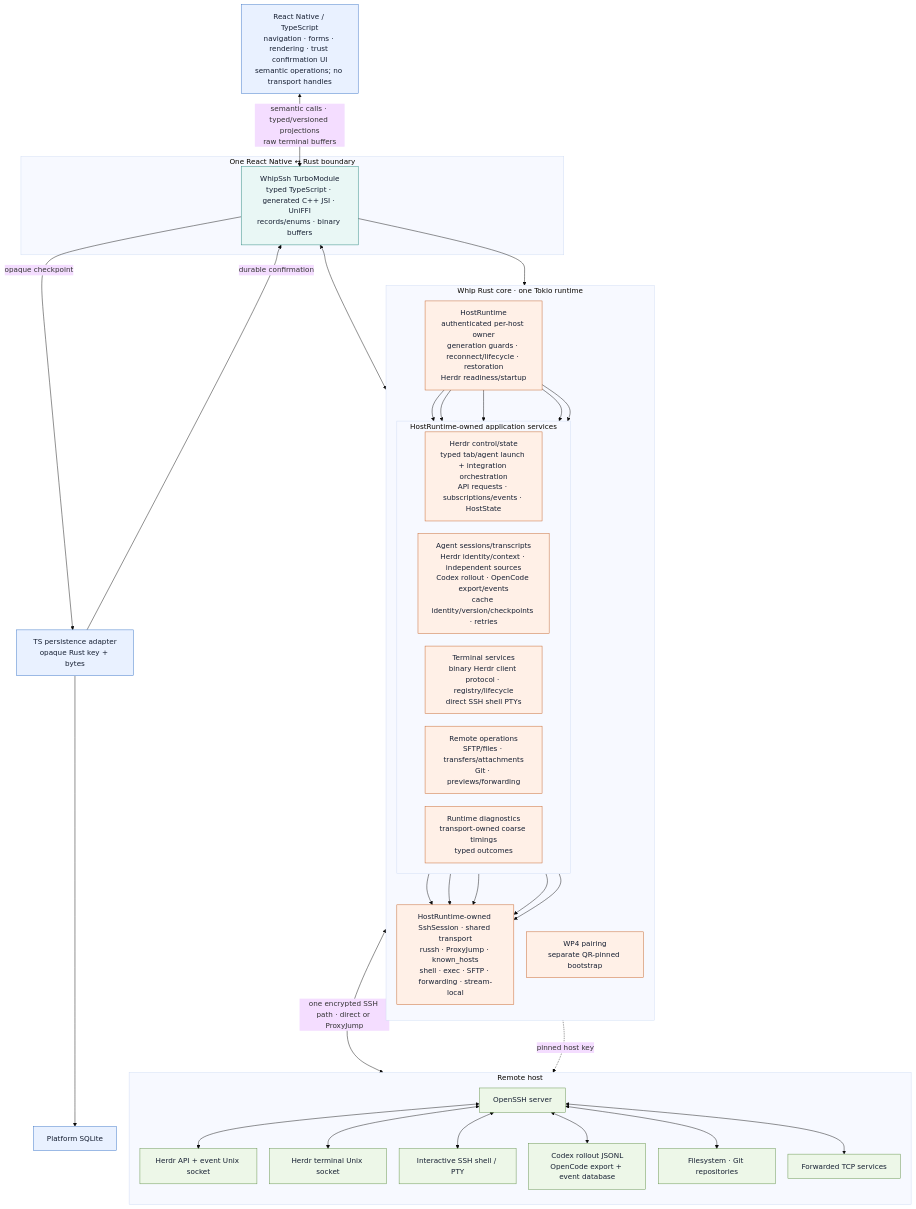
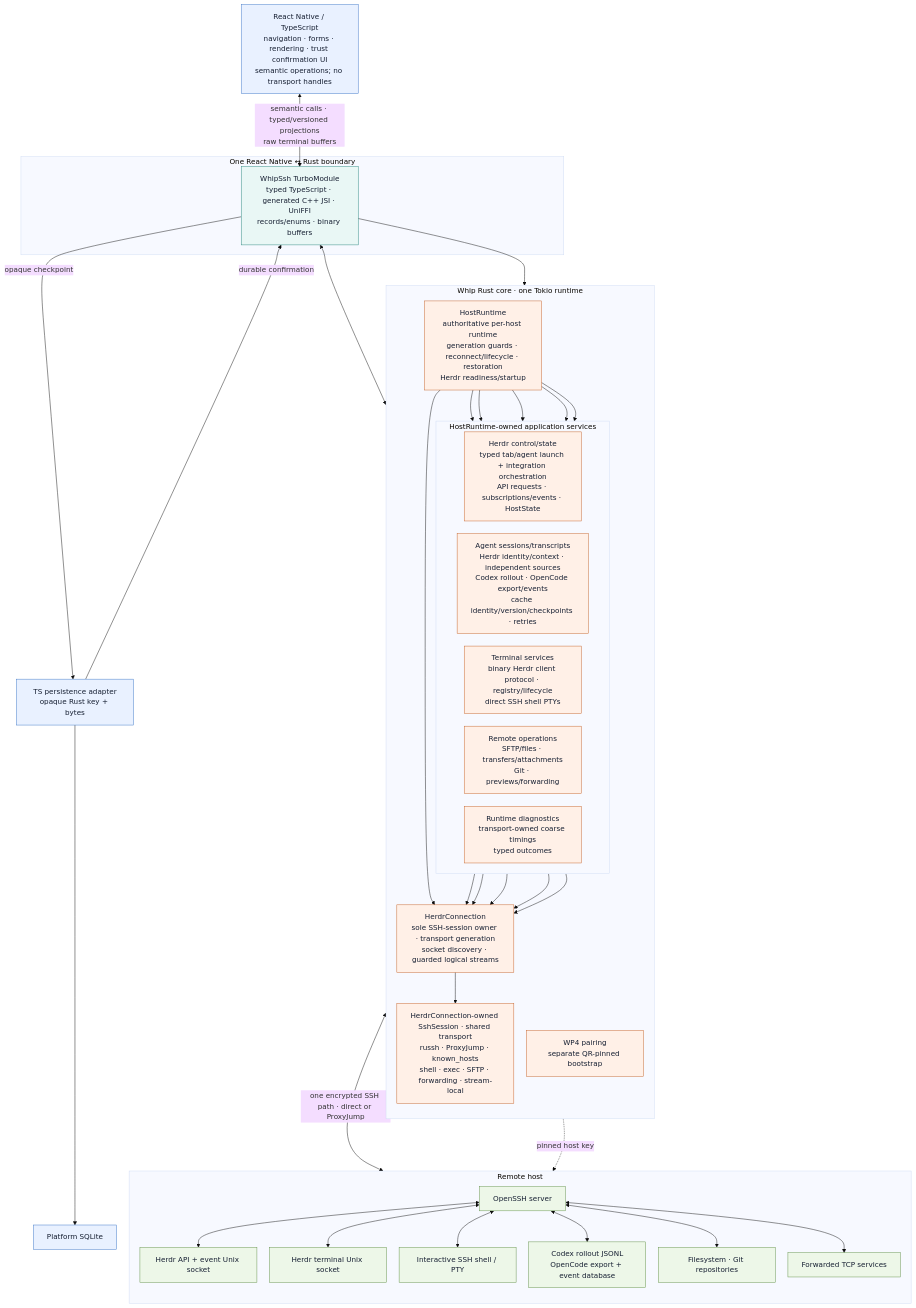
Before and after one commit to KaminariOS/whip: the diagram in docs/whip-ssh-architecture.mmd, drawn with Mermaid. The commit also changed 4 other files, not shown here.

Commit message:
docs: refresh README architecture and release guidance

```diff
--- a/docs/whip-ssh-architecture.mmd
+++ b/docs/whip-ssh-architecture.mmd
@@ -1,73 +1,76 @@
 %%{init: {"theme":"base","flowchart":{"curve":"basis","htmlLabels":true,"nodeSpacing":28,"rankSpacing":44}}}%%
 flowchart TB
   RN["React Native / TypeScript<br/>navigation · forms · rendering · trust confirmation UI<br/>semantic operations; no transport handles"]
   Cache["TS persistence adapter<br/>opaque Rust key + bytes"]
   SQLite["Platform SQLite"]
 
   subgraph Boundary["One React Native ↔ Rust boundary"]
     JSI["WhipSsh TurboModule<br/>typed TypeScript · generated C++ JSI · UniFFI<br/>records/enums · binary buffers"]
   end
 
   subgraph Native["Whip Rust core · one Tokio runtime"]
     direction TB
-    Host["HostRuntime<br/>authenticated per-host owner<br/>generation guards · reconnect/lifecycle · restoration<br/>Herdr readiness/startup"]
+    Host["HostRuntime<br/>authoritative per-host runtime<br/>generation guards · reconnect/lifecycle · restoration<br/>Herdr readiness/startup"]
 
     subgraph Services["HostRuntime-owned application services"]
       direction LR
       Control["Herdr control/state<br/>typed tab/agent launch + integration orchestration<br/>API requests · subscriptions/events · HostState"]
       Agents["Agent sessions/transcripts<br/>Herdr identity/context · independent sources<br/>Codex rollout · OpenCode export/events<br/>cache identity/version/checkpoints · retries"]
       TerminalRuntime["Terminal services<br/>binary Herdr client protocol · registry/lifecycle<br/>direct SSH shell PTYs"]
       RemoteOps["Remote operations<br/>SFTP/files · transfers/attachments<br/>Git · previews/forwarding"]
       Diagnostics["Runtime diagnostics<br/>transport-owned coarse timings<br/>typed outcomes"]
     end
 
-    SSH["HostRuntime-owned SshSession · shared transport<br/>russh · ProxyJump · known_hosts<br/>shell · exec · SFTP · forwarding · stream-local"]
+    Connection["HerdrConnection<br/>sole SSH-session owner · transport generation<br/>socket discovery · guarded logical streams"]
+    SSH["HerdrConnection-owned SshSession · shared transport<br/>russh · ProxyJump · known_hosts<br/>shell · exec · SFTP · forwarding · stream-local"]
     Pairing["WP4 pairing<br/>separate QR-pinned bootstrap"]
 
     Host --> Control
     Host --> Agents
     Host --> TerminalRuntime
     Host --> RemoteOps
     Host --> Diagnostics
-    Control --> SSH
-    Agents --> SSH
-    TerminalRuntime --> SSH
-    RemoteOps --> SSH
-    Diagnostics --> SSH
+    Host --> Connection
+    Control --> Connection
+    Agents --> Connection
+    TerminalRuntime --> Connection
+    RemoteOps --> Connection
+    Diagnostics --> Connection
+    Connection --> SSH
   end
 
   subgraph Remote["Remote host"]
     direction TB
     SSHD["OpenSSH server"]
     API["Herdr API + event Unix socket"]
     Terminal["Herdr terminal Unix socket"]
     Shell["Interactive SSH shell / PTY"]
     AgentSources["Codex rollout JSONL<br/>OpenCode export + event database"]
     FilesGit["Filesystem · Git repositories"]
     Forwarded["Forwarded TCP services"]
 
     SSHD <--> API
     SSHD <--> Terminal
     SSHD <--> Shell
     SSHD <--> AgentSources
     SSHD <--> FilesGit
     SSHD <--> Forwarded
   end
 
   RN <-->|"semantic calls · typed/versioned projections<br/>raw terminal buffers"| JSI
   JSI <--> Host
   JSI -->|"opaque checkpoint"| Cache
   Cache --> SQLite
   Cache -->|"durable confirmation"| JSI
   JSI --> Pairing
   SSH <-->|"one encrypted SSH path · direct or ProxyJump"| SSHD
   Pairing -.->|"pinned host key"| SSHD
 
   classDef ui fill:#e9f1ff,stroke:#3772c5,color:#172033
   classDef native fill:#e9f7f5,stroke:#23847a,color:#172033
   classDef rust fill:#fff0e7,stroke:#c45f24,color:#172033
   classDef remote fill:#edf7e8,stroke:#5f8f45,color:#172033
   class RN,Cache,SQLite ui
   class JSI native
-  class Host,Control,Agents,TerminalRuntime,RemoteOps,Diagnostics,SSH,Pairing rust
+  class Host,Control,Agents,TerminalRuntime,RemoteOps,Diagnostics,Connection,SSH,Pairing rust
   class SSHD,API,Terminal,Shell,AgentSources,FilesGit,Forwarded remote
```
